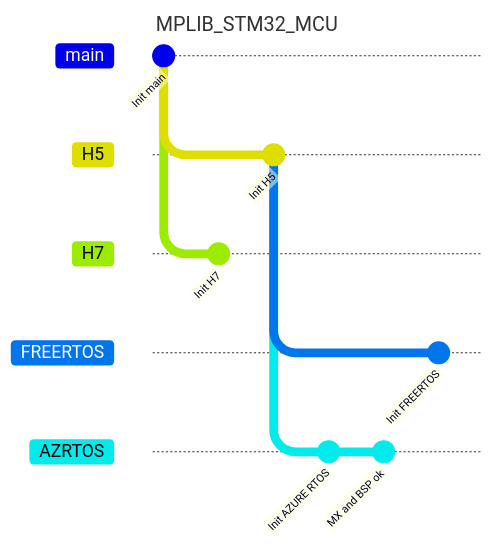
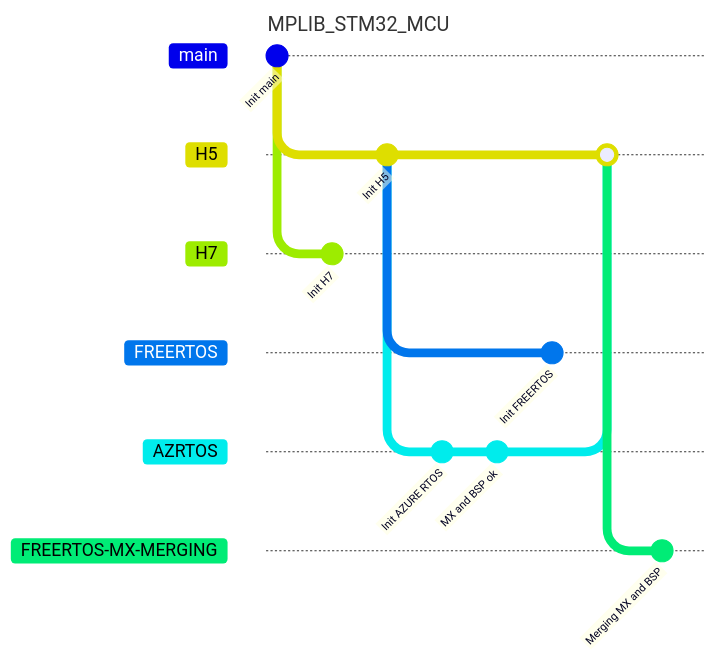
Before and after one commit to packetqc/MPLIB: the second of 4 diagrams in README.md, drawn with Mermaid. The commit also changed 1 other file, not shown here.

````diff
--- a/README.md
+++ b/README.md
@@ -66,18 +66,22 @@
 ```mermaid
 ---
 title: MPLIB_STM32_MCU
 ---
 gitGraph
 commit id: "Init main"
 branch H5
 branch H7
 commit id: "Init H7"
 checkout H5
 commit id: "Init H5"
 branch FREERTOS
 branch AZRTOS
 commit id: "Init AZURE RTOS"
 commit id: "MX and BSP ok"
 checkout FREERTOS
 commit id: "Init FREERTOS"
+checkout H5
+merge AZRTOS
+branch FREERTOS-MX-MERGING
+commit id: "Merging MX and BSP"
 ```
````
